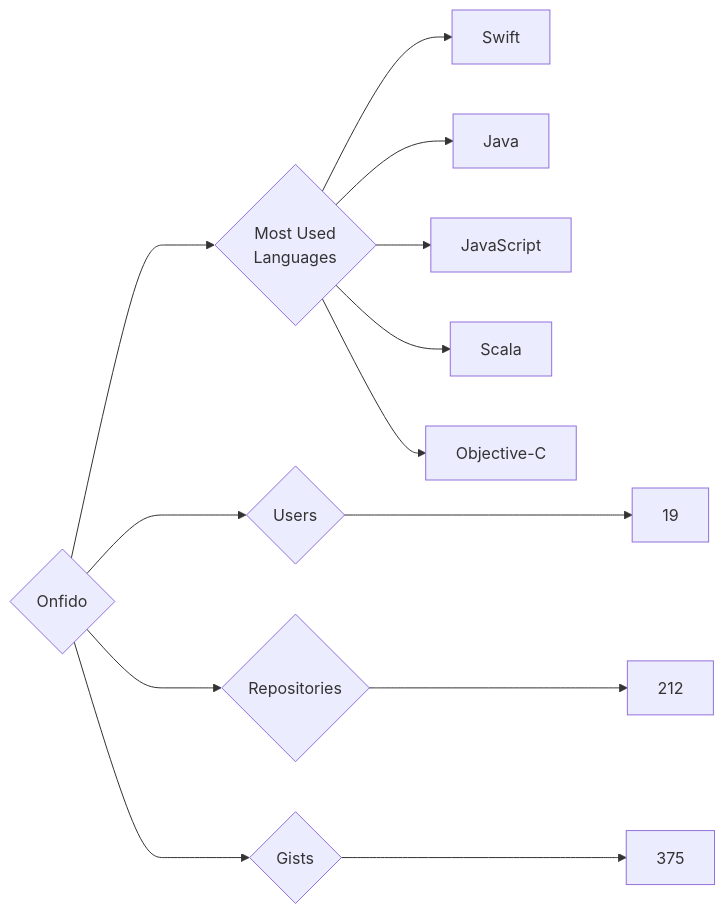
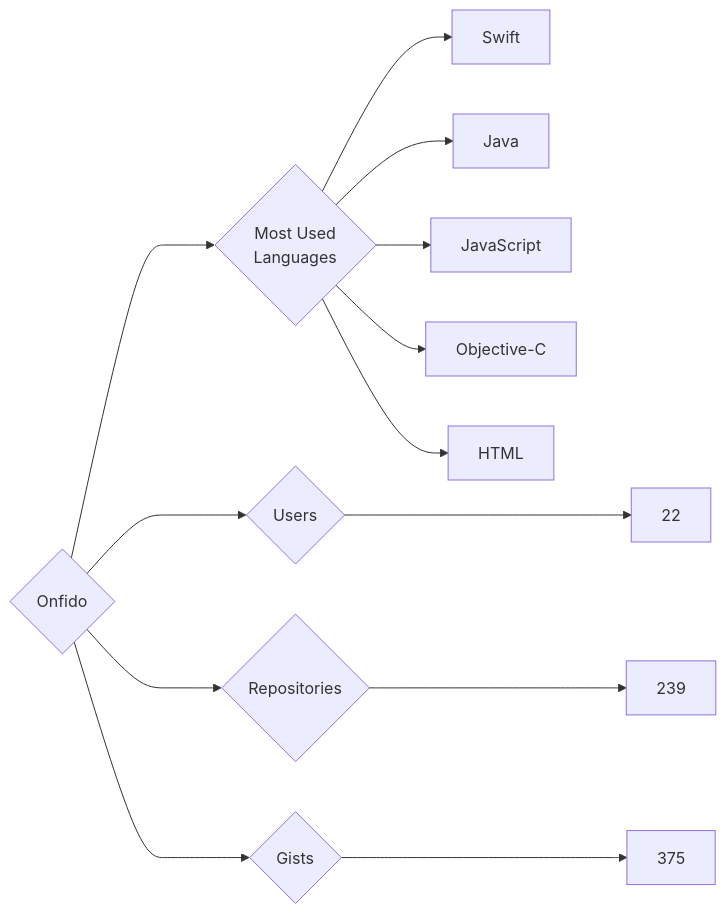
One commit to trickest/insiders changed the diagram in targets/Onfido/README.md. Above: the diagram before and after it, drawn with Mermaid. The commit also changed 725 other files, not shown here.

````diff
--- a/targets/Onfido/README.md
+++ b/targets/Onfido/README.md
@@ -3,13 +3,13 @@
 ```mermaid
 graph LR
 COMPANY_NAME{Onfido}
-COMPANY_NAME ---> U{Users} ---> UN[19]
-COMPANY_NAME ---> R{Repositories} ---> RN[212]
+COMPANY_NAME ---> U{Users} ---> UN[22]
+COMPANY_NAME ---> R{Repositories} ---> RN[239]
 COMPANY_NAME ---> G{Gists} ---> GN[375]
 COMPANY_NAME ---> ML{Most Used<br>Languages}
 ML --> Swift[Swift]
 ML --> Java[Java]
 ML --> JavaScript[JavaScript]
-ML --> Scala[Scala]
 ML --> Objective-C[Objective-C]
+ML --> HTML[HTML]
 ```
````
